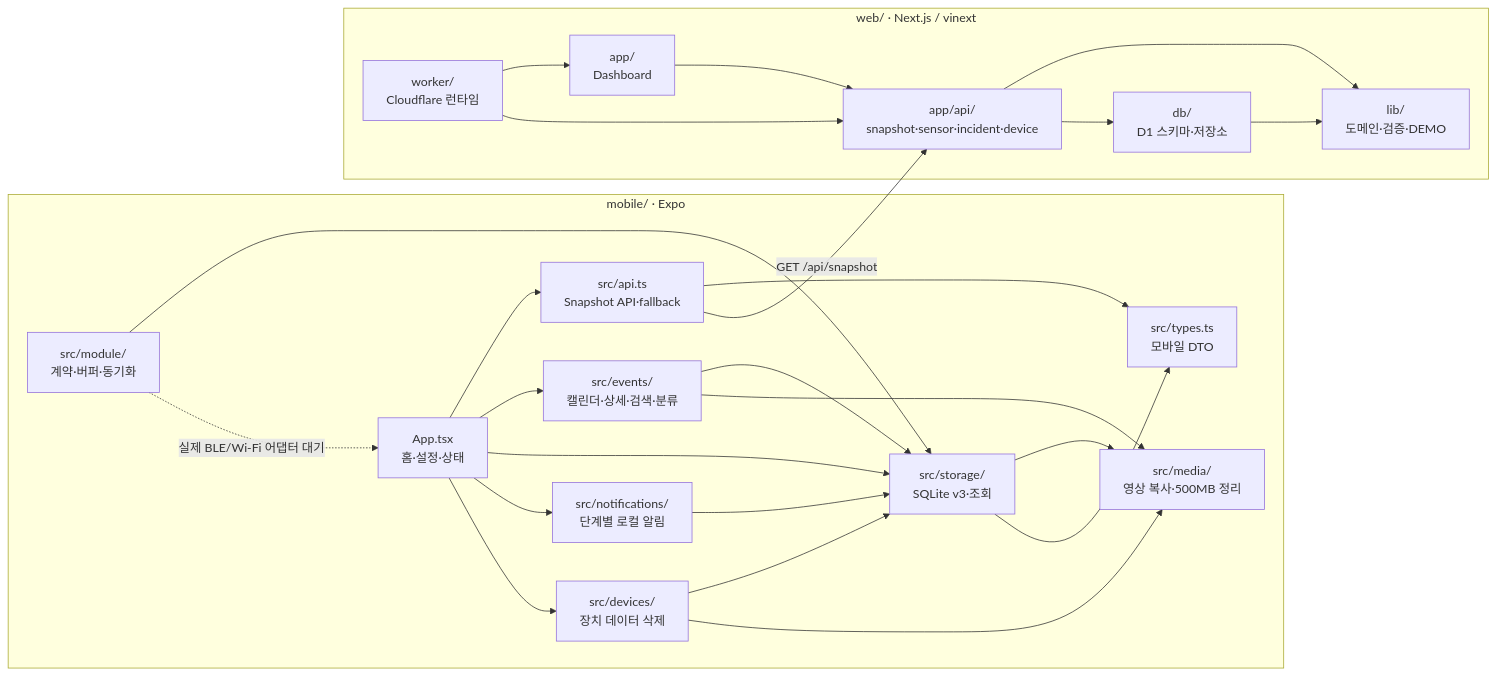
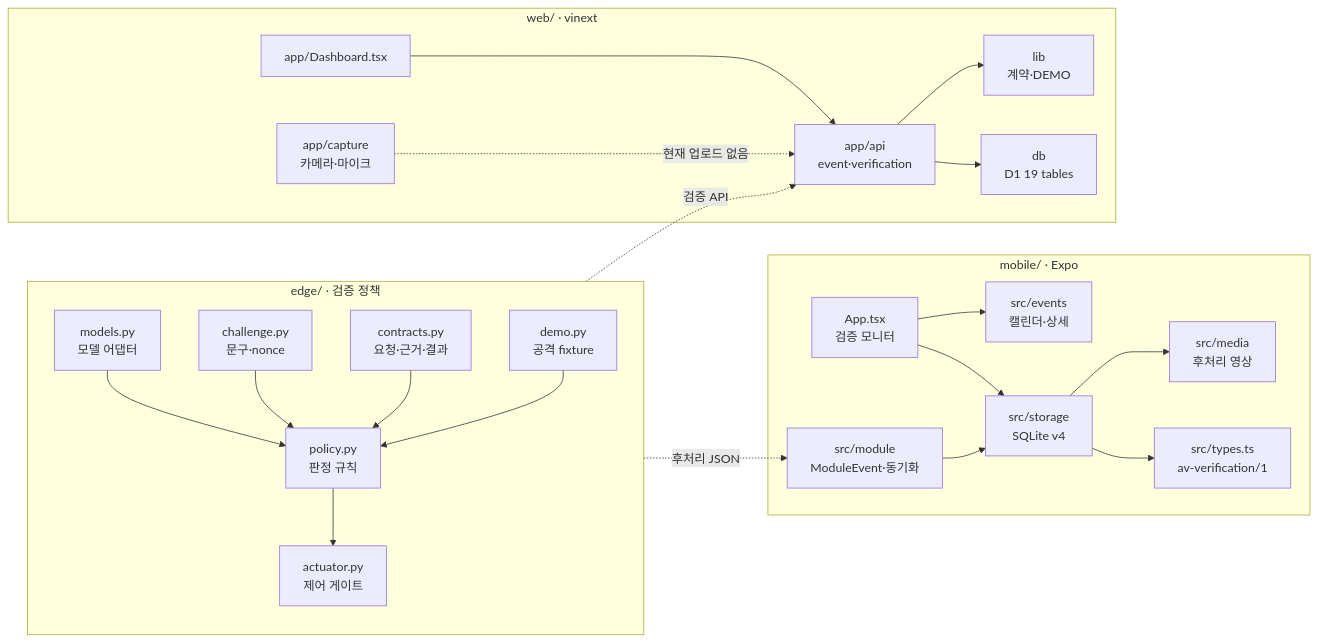
The diagram in docs/Diagram/01-package-diagram.md (Uree1229/Risk-ZERO), drawn with Mermaid before and after one commit. The commit also changed other lines of this file and 75 other files, not shown here.

````diff
--- a/docs/Diagram/01-package-diagram.md
+++ b/docs/Diagram/01-package-diagram.md
@@ -9,47 +5,45 @@
 ```mermaid
 flowchart LR
+    subgraph Edge["edge/ · 검증 정책"]
+        Contracts["contracts.py<br/>요청·근거·결과"]
+        Challenge["challenge.py<br/>문구·nonce"]
+        Models["models.py<br/>모델 어댑터"]
+        Policy["policy.py<br/>판정 규칙"]
+        Actuator["actuator.py<br/>제어 게이트"]
+        Demo["demo.py<br/>공격 fixture"]
+        Models --> Policy
+        Challenge --> Policy
+        Contracts --> Policy
+        Policy --> Actuator
+        Demo --> Policy
+    end
+
     subgraph Mobile["mobile/ · Expo"]
-        App["App.tsx<br/>홈·설정·상태"]
-        Events["src/events/<br/>캘린더·상세·검색·분류"]
-        API["src/api.ts<br/>Snapshot API·fallback"]
-        Module["src/module/<br/>계약·버퍼·동기화"]
-        Storage["src/storage/<br/>SQLite v3·조회"]
-        Media["src/media/<br/>영상 복사·500MB 정리"]
-        Notify["src/notifications/<br/>단계별 로컬 알림"]
-        Devices["src/devices/<br/>장치 데이터 삭제"]
-        Types["src/types.ts<br/>모바일 DTO"]
-
-        App --> API
+        App["App.tsx<br/>검증 모니터"]
+        Events["src/events<br/>캘린더·상세"]
+        Module["src/module<br/>ModuleEvent·동기화"]
+        Storage["src/storage<br/>SQLite v4"]
+        Media["src/media<br/>후처리 영상"]
+        Types["src/types.ts<br/>av-verification/1"]
         App --> Events
         App --> Storage
-        App --> Notify
-        App --> Devices
-        Events --> Storage
-        Events --> Media
         Module --> Storage
         Storage --> Media
-        Notify --> Storage
-        Devices --> Storage
-        Devices --> Media
-        API --> Types
         Storage --> Types
     end
 
-    subgraph Web["web/ · Next.js / vinext"]
-        UI["app/<br/>Dashboard"]
-        Routes["app/api/<br/>snapshot·sensor·incident·device"]
-        Domain["lib/<br/>도메인·검증·DEMO"]
-        Repo["db/<br/>D1 스키마·저장소"]
-        Worker["worker/<br/>Cloudflare 런타임"]
-
-        Worker --> UI
-        Worker --> Routes
-        UI --> Routes
+    subgraph Web["web/ · vinext"]
+        Dashboard["app/Dashboard.tsx"]
+        Capture["app/capture<br/>카메라·마이크"]
+        Routes["app/api<br/>event·verification"]
+        Domain["lib<br/>계약·DEMO"]
+        Repo["db<br/>D1 19 tables"]
+        Dashboard --> Routes
+        Capture -. "현재 업로드 없음" .-> Routes
         Routes --> Domain
         Routes --> Repo
-        Repo --> Domain
     end
 
-    API -->|"GET /api/snapshot"| Routes
-    Module -. "실제 BLE/Wi-Fi 어댑터 대기" .-> App
+    Edge -. "후처리 JSON" .-> Module
+    Edge -. "검증 API" .-> Routes
 ```
````
